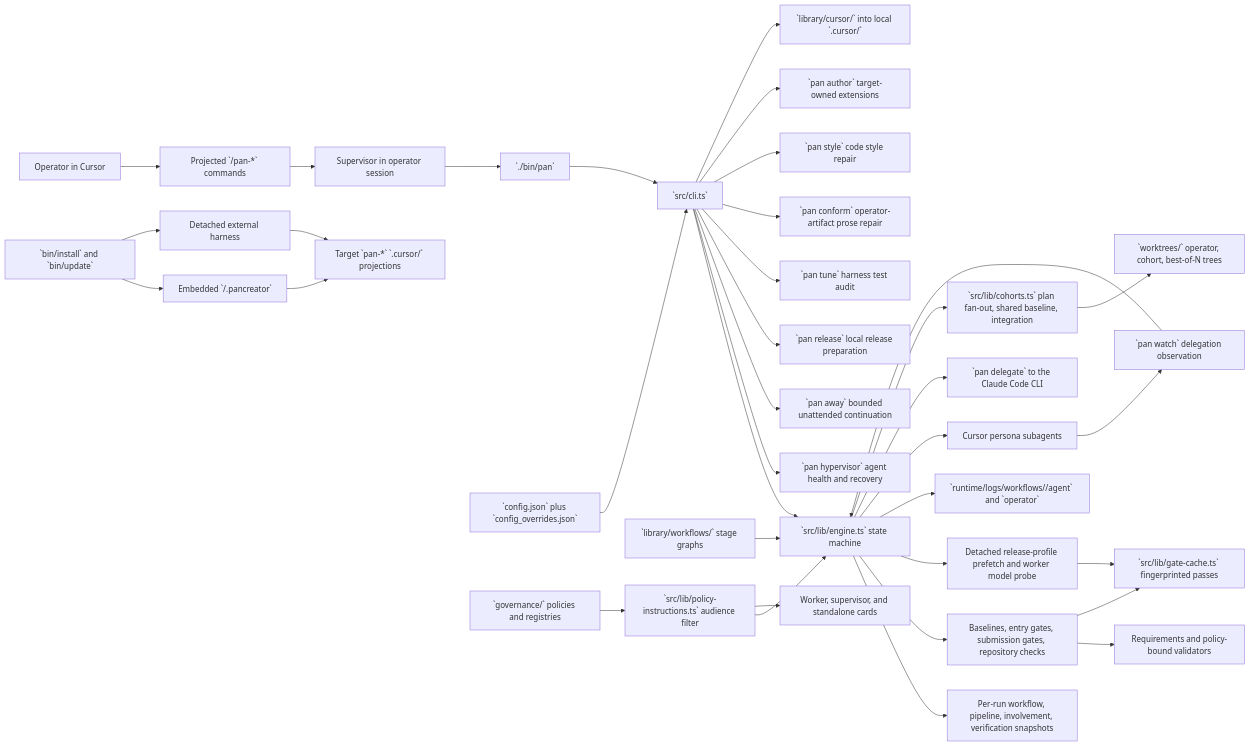
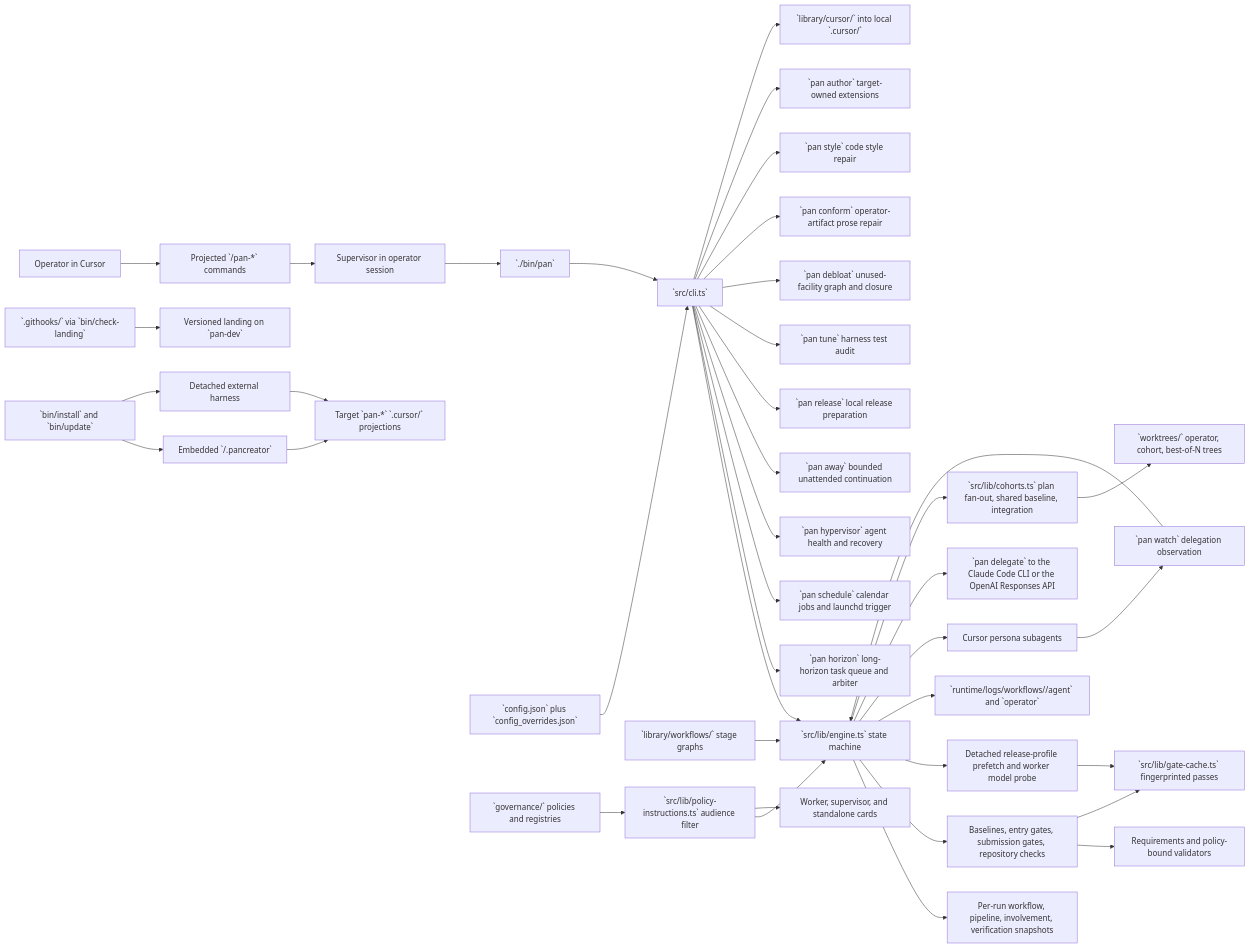
One commit to alenlukic/pancreator changed the diagram in docs/target-repo-primer.md. Above: the diagram before and after it, drawn with Mermaid. The commit also changed other lines of this file, not shown here.

````diff
--- a/docs/target-repo-primer.md
+++ b/docs/target-repo-primer.md
@@ -84,38 +89,42 @@
 ```mermaid
 flowchart LR
   Operator[Operator in Cursor] --> Commands[Projected `/pan-*` commands]
   Commands --> Supervisor[Supervisor in operator session]
   Supervisor --> Pan[`./bin/pan`]
   Pan --> CLI[`src/cli.ts`]
   CLI --> Engine[`src/lib/engine.ts` state machine]
   Config[`config.json` plus `config_overrides.json`] --> CLI
   Workflows[`library/workflows/` stage graphs] --> Engine
   Governance[`governance/` policies and registries] --> Audience[`src/lib/policy-instructions.ts` audience filter]
   Audience --> Engine
   Audience --> Cards[Worker, supervisor, and standalone cards]
   Engine --> Snapshots[Per-run workflow, pipeline, involvement, verification snapshots]
   Engine --> Gates[Baselines, entry gates, submission gates, repository checks]
   Gates --> Requirements[Requirements and policy-bound validators]
   Gates --> GateCache[`src/lib/gate-cache.ts` fingerprinted passes]
   Engine --> Detached[Detached release-profile prefetch and worker model probe]
   Detached --> GateCache
   Engine --> Runtime[`runtime/logs/workflows/<run-id>/agent` and `operator`]
   Engine --> CursorWorkers[Cursor persona subagents]
-  Engine --> External[`pan delegate` to the Claude Code CLI]
+  Engine --> External[`pan delegate` to the Claude Code CLI or the OpenAI Responses API]
   CursorWorkers --> Watch[`pan watch` delegation observation]
   Watch --> Engine
   Engine --> Cohorts[`src/lib/cohorts.ts` plan fan-out, shared baseline, integration]
   Cohorts --> Worktrees[`worktrees/` operator, cohort, best-of-N trees]
+  CLI --> Horizon[`pan horizon` long-horizon task queue and arbiter]
+  CLI --> Schedule[`pan schedule` calendar jobs and launchd trigger]
   CLI --> Hypervisor[`pan hypervisor` agent health and recovery]
   CLI --> Away[`pan away` bounded unattended continuation]
   CLI --> Release[`pan release` local release preparation]
   CLI --> Tune[`pan tune` harness test audit]
+  CLI --> Debloat[`pan debloat` unused-facility graph and closure]
   CLI --> Conform[`pan conform` operator-artifact prose repair]
   CLI --> Style[`pan style` code style repair]
   CLI --> Author[`pan author` target-owned extensions]
   CLI --> Projection[`library/cursor/` into local `.cursor/`]
+  Hooks[`.githooks/` via `bin/check-landing`] --> Landing[Versioned landing on `pan-dev`]
   Installer[`bin/install` and `bin/update`] --> Embedded[Embedded `<target>/.pancreator`]
   Installer --> DetachedInstall[Detached external harness]
   Embedded --> TargetCursor[Target `pan-*` `.cursor/` projections]
   DetachedInstall --> TargetCursor
 ```
````
